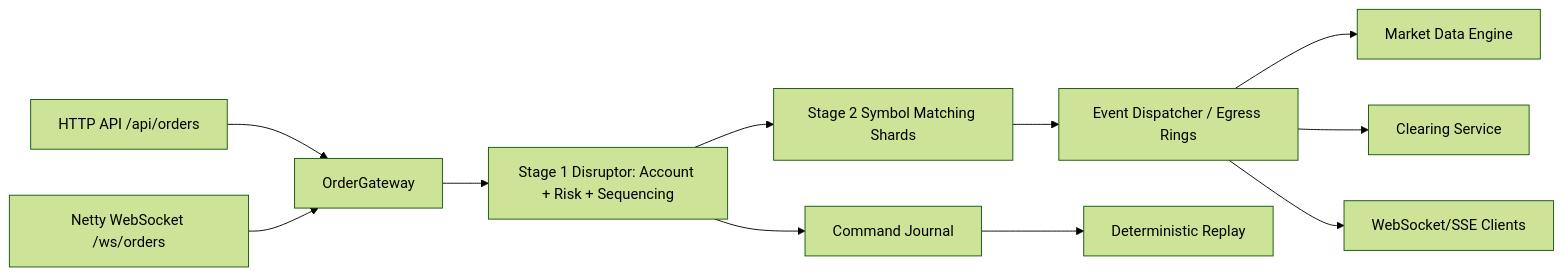
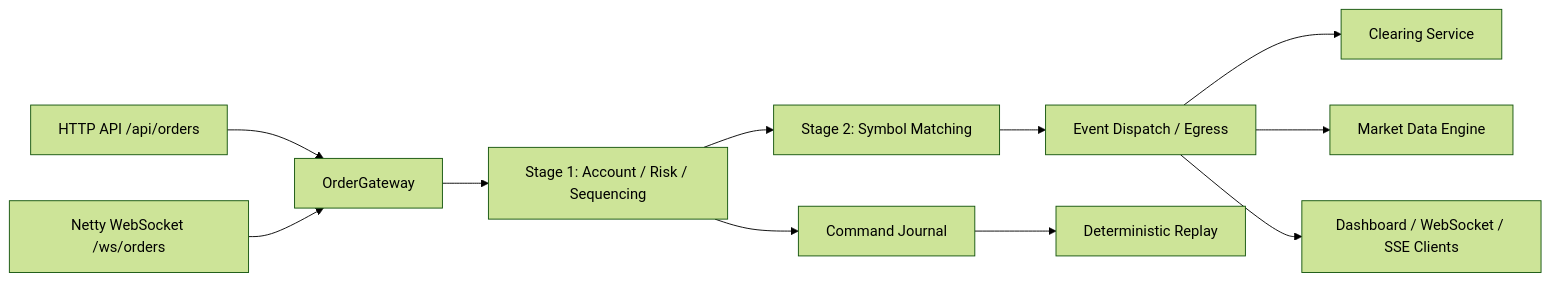
The diagram in Trading Platform/README.md (dhruv6077/ProTrade-X-Trading-Engine), drawn with Mermaid (forest theme) before and after one commit. The commit also changed other lines of this file, not shown here.

Commit message:
Update README with final architecture and benchmark details

````diff
--- a/Trading Platform/README.md
+++ b/Trading Platform/README.md
@@ -32,13 +22,13 @@
 ```mermaid
 flowchart LR
     HTTP["HTTP API /api/orders"] --> GATEWAY["OrderGateway"]
     WS["Netty WebSocket /ws/orders"] --> GATEWAY
-    GATEWAY --> RISK["Stage 1 Disruptor: Account + Risk + Sequencing"]
+    GATEWAY --> RISK["Stage 1: Account / Risk / Sequencing"]
     RISK --> JOURNAL["Command Journal"]
-    RISK --> SHARDS["Stage 2 Symbol Matching Shards"]
-    SHARDS --> DISPATCH["Event Dispatcher / Egress Rings"]
+    RISK --> MATCH["Stage 2: Symbol Matching"]
+    MATCH --> DISPATCH["Event Dispatch / Egress"]
+    DISPATCH --> CLEARING["Clearing Service"]
     DISPATCH --> MDE["Market Data Engine"]
-    DISPATCH --> CLEARING["Clearing Service"]
-    DISPATCH --> CLIENTS["WebSocket/SSE Clients"]
+    DISPATCH --> CLIENTS["Dashboard / WebSocket / SSE Clients"]
     JOURNAL --> REPLAY["Deterministic Replay"]
 ```
````
